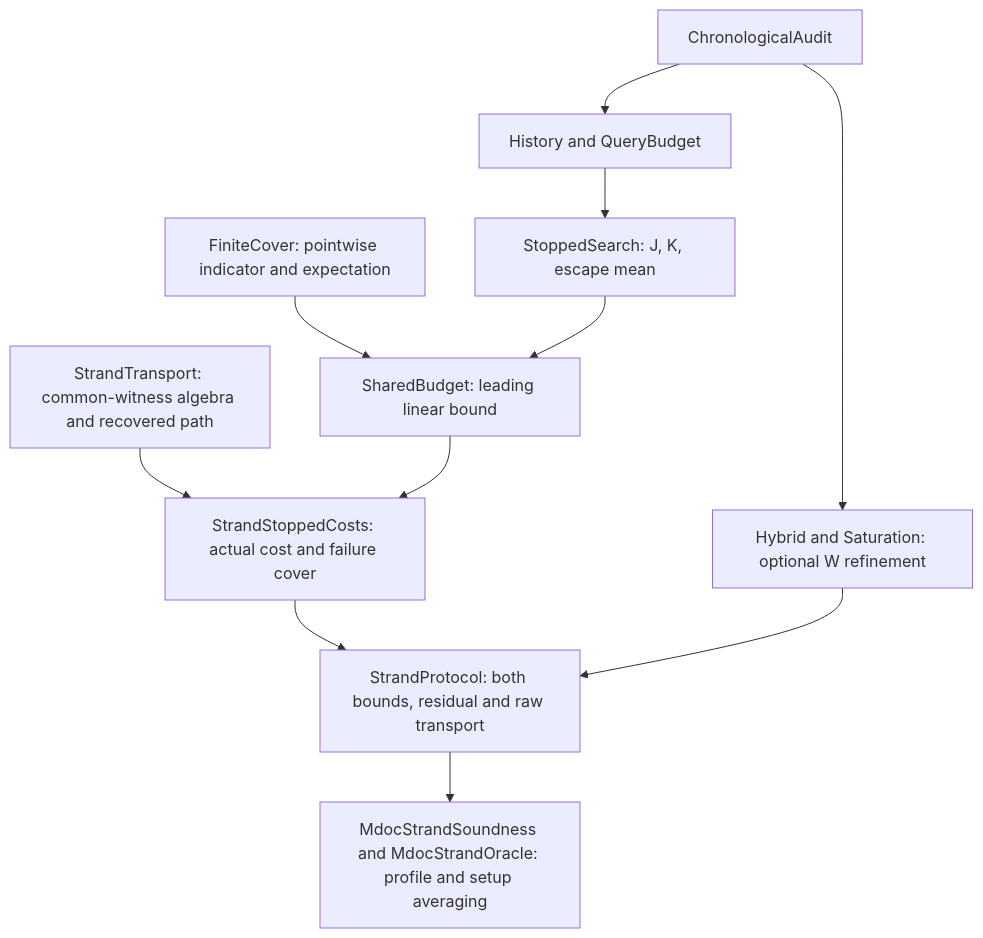
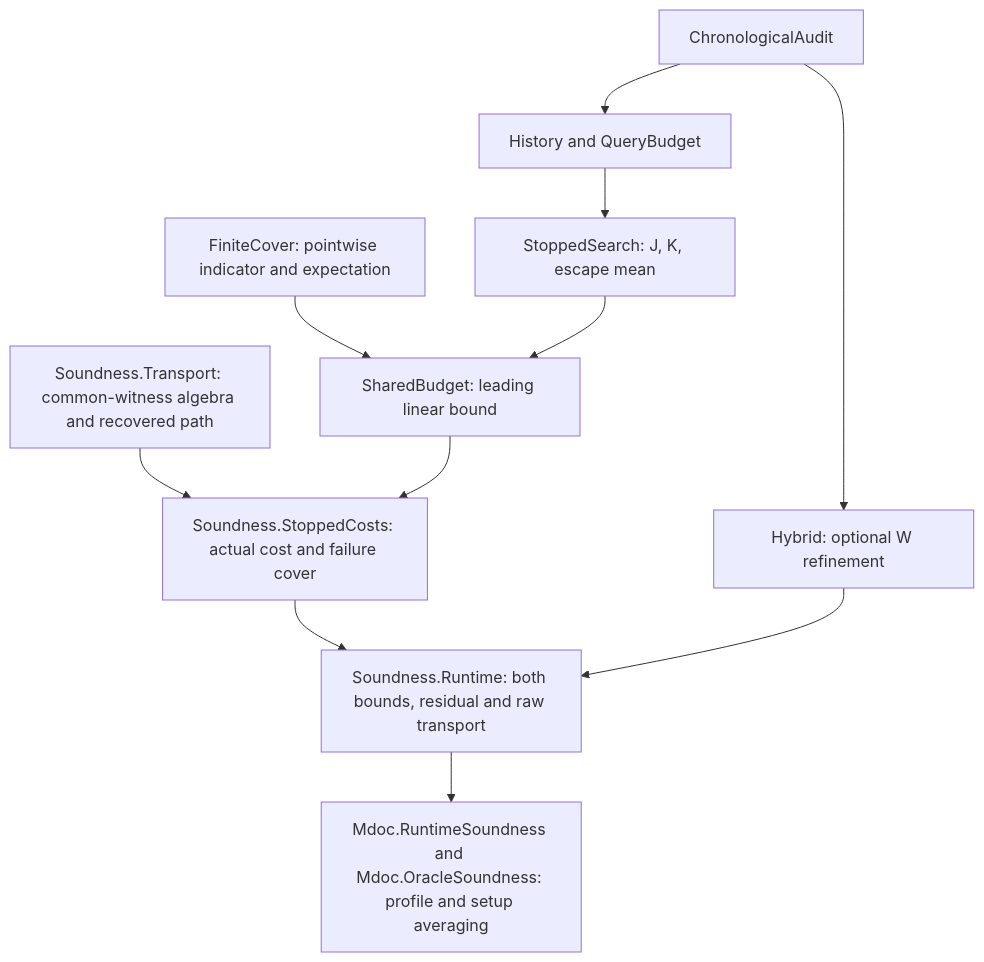
One commit to longfellow-zk/longfellow-zk changed the diagram in formal/survival/README.md. Above: the diagram before and after it, drawn with Mermaid. The commit also changed other lines of this file and 75 other files, not shown here.

````diff
--- a/formal/survival/README.md
+++ b/formal/survival/README.md
@@ -54,13 +54,13 @@
 ```mermaid
 graph TD
   F["FiniteCover: pointwise indicator and expectation"] --> B["SharedBudget: leading linear bound"]
   A["ChronologicalAudit"] --> H["History and QueryBudget"]
   H --> S["StoppedSearch: J, K, escape mean"]
   S --> B
-  A --> W["Hybrid and Saturation: optional W refinement"]
-  T["StrandTransport: common-witness algebra and recovered path"] --> C["StrandStoppedCosts: actual cost and failure cover"]
+  A --> W["Hybrid: optional W refinement"]
+  T["Soundness.Transport: common-witness algebra and recovered path"] --> C["Soundness.StoppedCosts: actual cost and failure cover"]
   B --> C
-  C --> R["StrandProtocol: both bounds, residual and raw transport"]
+  C --> R["Soundness.Runtime: both bounds, residual and raw transport"]
   W --> R
-  R --> M["MdocStrandSoundness and MdocStrandOracle: profile and setup averaging"]
+  R --> M["Mdoc.RuntimeSoundness and Mdoc.OracleSoundness: profile and setup averaging"]
 ```
````
